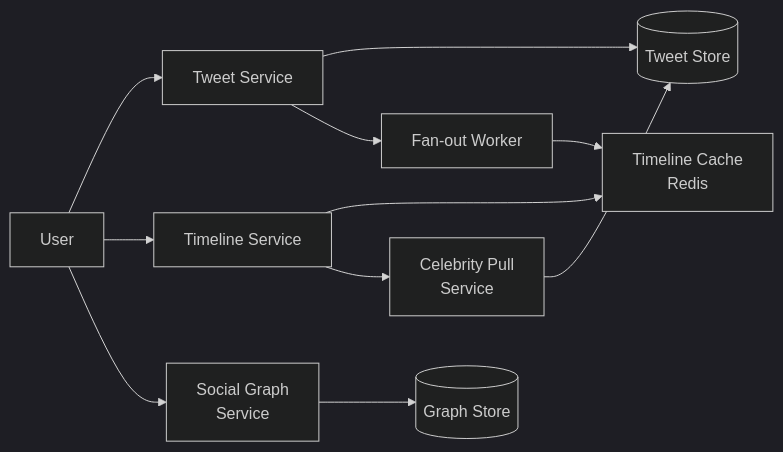
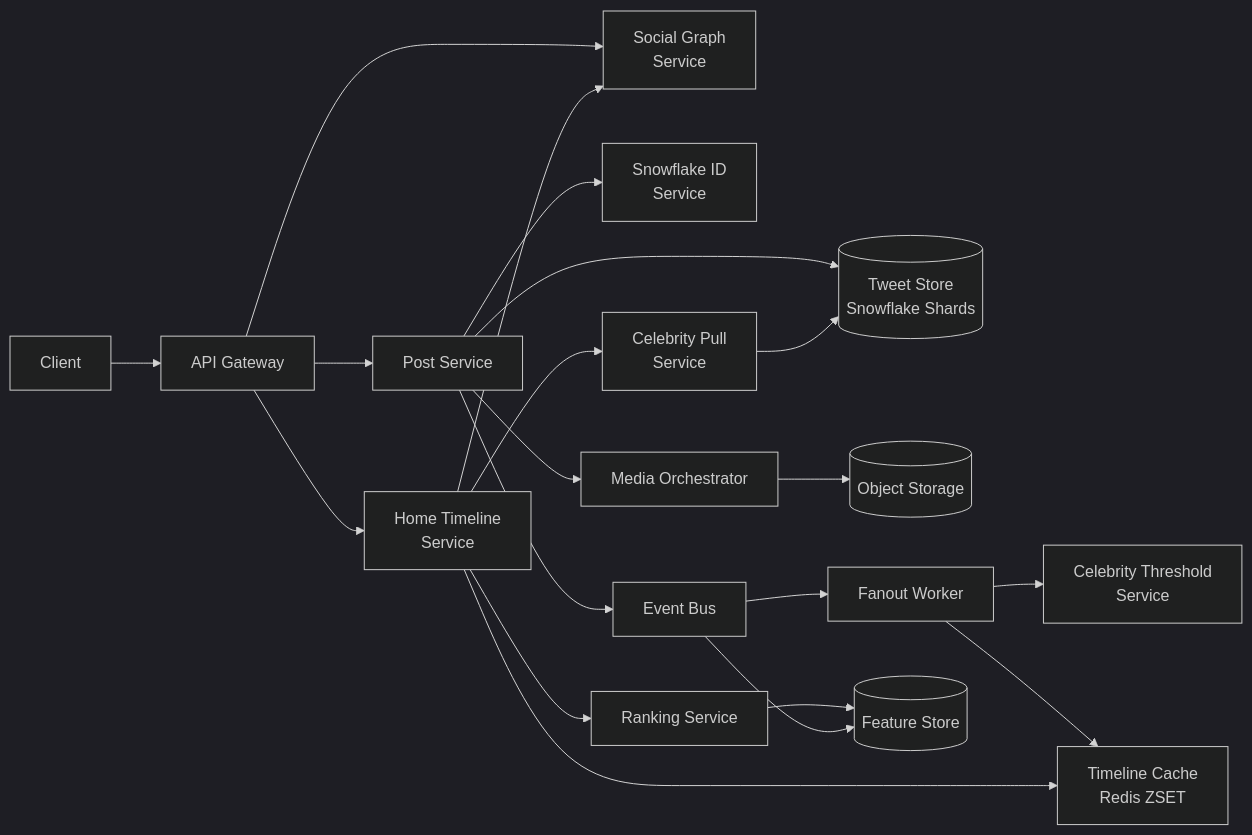
The first of 3 diagrams in content/seed-questions/twitter.md (sunny70487/system-design), drawn with Mermaid (dark theme) before and after one commit. The commit also changed other lines of this file and 65 other files, not shown here.

````diff
--- a/content/seed-questions/twitter.md
+++ b/content/seed-questions/twitter.md
@@ -40,13 +71,22 @@
 ```mermaid
 flowchart LR
-  U[User] --> WRITE[Tweet Service]
-  WRITE --> TDB[(Tweet Store)]
-  WRITE --> FAN[Fan-out Worker]
-  FAN --> RC[Timeline Cache<br/>Redis]
-  U --> READ[Timeline Service]
-  READ --> RC
-  READ --> CELEB[Celebrity Pull<br/>Service]
-  CELEB --> TDB
-  U --> SOC[Social Graph<br/>Service]
-  SOC --> SDB[(Graph Store)]
+  U[Client] --> GW[API Gateway]
+  GW --> PS[Post Service]
+  GW --> HT[Home Timeline<br/>Service]
+  GW --> SG[Social Graph<br/>Service]
+  PS --> ID[Snowflake ID<br/>Service]
+  PS --> TS[(Tweet Store<br/>Snowflake Shards)]
+  PS --> MB[Event Bus]
+  PS --> MO[Media Orchestrator]
+  MO --> OS[(Object Storage)]
+  MB --> FO[Fanout Worker]
+  FO --> CT[Celebrity Threshold<br/>Service]
+  FO --> TC[Timeline Cache<br/>Redis ZSET]
+  HT --> TC
+  HT --> SG
+  HT --> CP[Celebrity Pull<br/>Service]
+  CP --> TS
+  HT --> RS[Ranking Service]
+  RS --> FS[(Feature Store)]
+  MB --> FS
 ```
````
